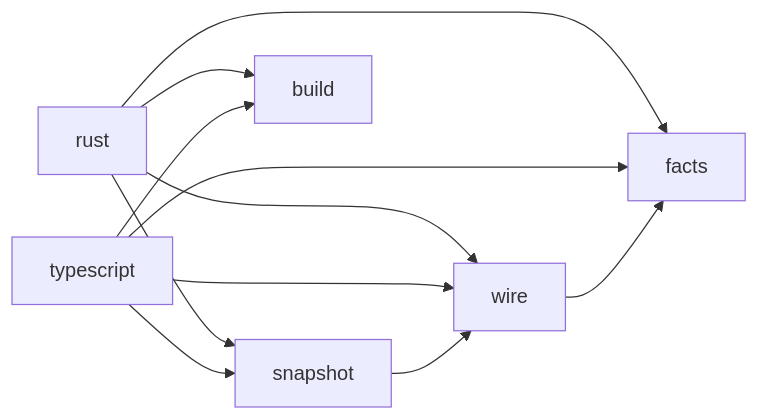
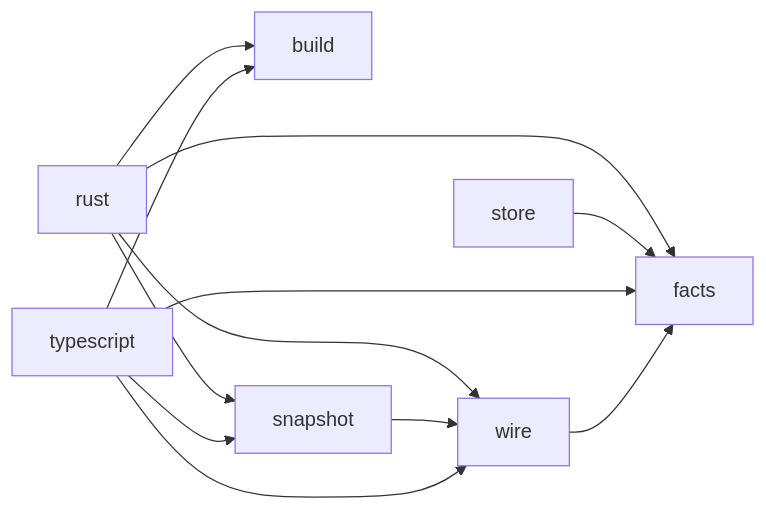
The diagram in docs/architecture/native.md (rapiddweller/archkeel), drawn with Mermaid before and after one commit. The commit also changed 70 other files, not shown here.

First line of the commit message:
Add archkeel-store: validate a reply once and write architecture.json

````diff
--- a/docs/architecture/native.md
+++ b/docs/architecture/native.md
@@ -23,13 +23,14 @@
 ```mermaid
 flowchart LR
+    rust --> build
+    rust --> facts
+    rust --> snapshot
+    rust --> wire
+    snapshot --> wire
+    store --> facts
+    typescript --> build
+    typescript --> facts
+    typescript --> snapshot
+    typescript --> wire
     wire --> facts
-    snapshot --> wire
-    typescript --> wire
-    typescript --> snapshot
-    typescript --> facts
-    typescript --> build
-    rust --> wire
-    rust --> snapshot
-    rust --> facts
-    rust --> build
 ```
````
